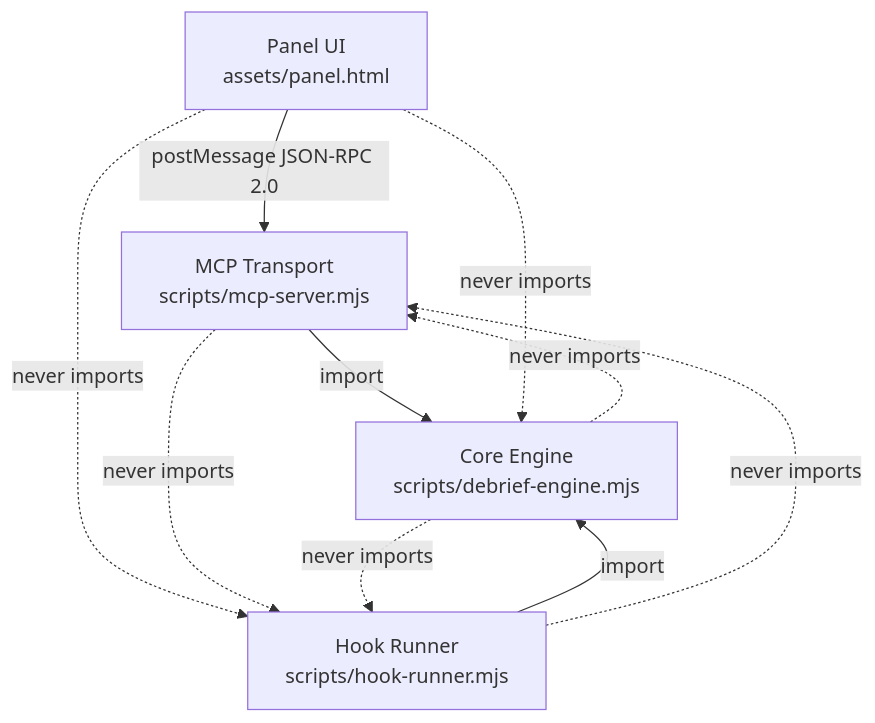
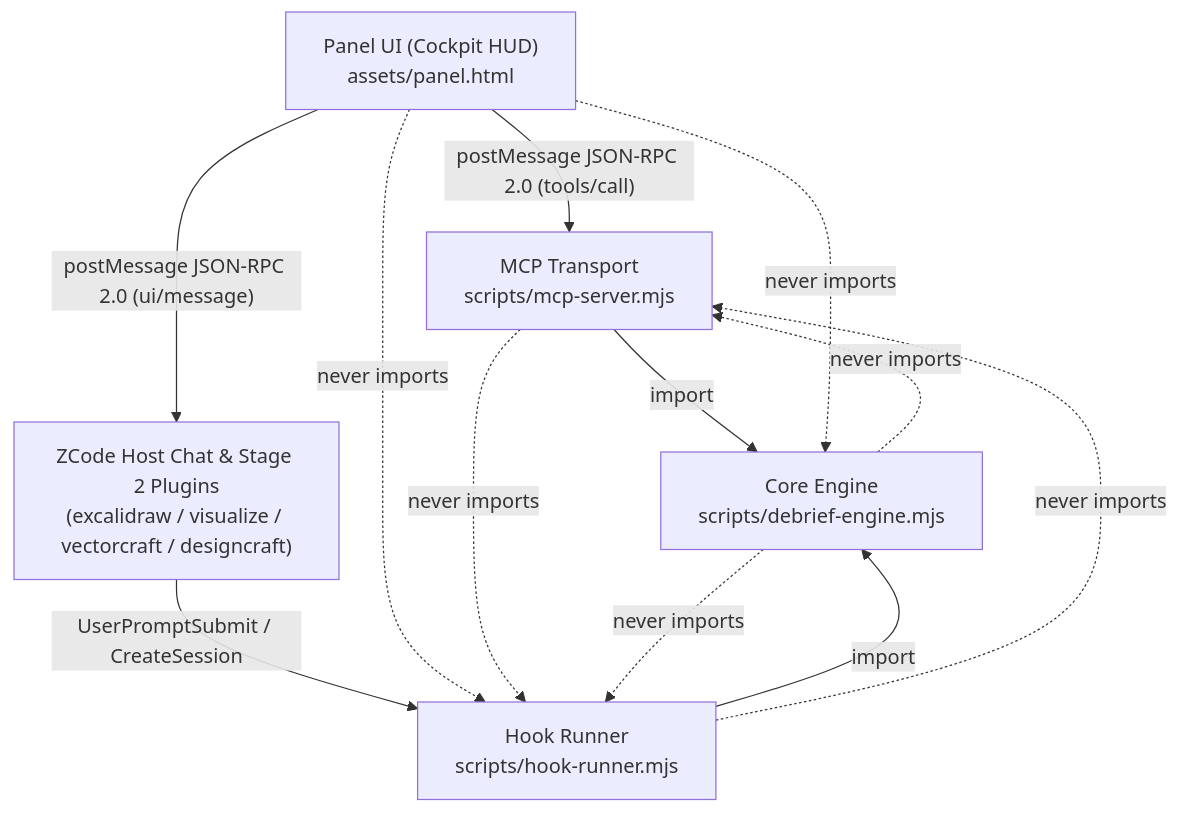
The first of 5 diagrams in vibe-debrief/_bmad-output/initiative-vibe-debrief/architecture-vibe-debrief/architecture-vibe-debrief.md (a2mus/zcode-vibe-plugins), drawn with Mermaid before and after one commit. The commit also changed other lines of this file and 22 other files, not shown here.

````diff
--- a/vibe-debrief/_bmad-output/initiative-vibe-debrief/architecture-vibe-debrief/architecture-vibe-debrief.md
+++ b/vibe-debrief/_bmad-output/initiative-vibe-debrief/architecture-vibe-debrief/architecture-vibe-debrief.md
@@ -26,17 +27,20 @@
 ```mermaid
 graph TD
-  PanelUI["Panel UI<br/>assets/panel.html"]
+  PanelUI["Panel UI (Cockpit HUD)<br/>assets/panel.html"]
   MCP["MCP Transport<br/>scripts/mcp-server.mjs"]
   Hook["Hook Runner<br/>scripts/hook-runner.mjs"]
   Engine["Core Engine<br/>scripts/debrief-engine.mjs"]
+  HostChat["ZCode Host Chat & Stage 2 Plugins<br/>(excalidraw / visualize / vectorcraft / designcraft)"]
 
-  PanelUI -- "postMessage JSON-RPC 2.0" --> MCP
+  PanelUI -- "postMessage JSON-RPC 2.0 (tools/call)" --> MCP
+  PanelUI -- "postMessage JSON-RPC 2.0 (ui/message)" --> HostChat
+  HostChat -- "UserPromptSubmit / CreateSession" --> Hook
   MCP -- "import" --> Engine
   Hook -- "import" --> Engine
   PanelUI -.->|"never imports"| Engine
   PanelUI -.->|"never imports"| Hook
   MCP -.->|"never imports"| Hook
   Hook -.->|"never imports"| MCP
   Engine -.->|"never imports"| MCP
   Engine -.->|"never imports"| Hook
 ```
````
